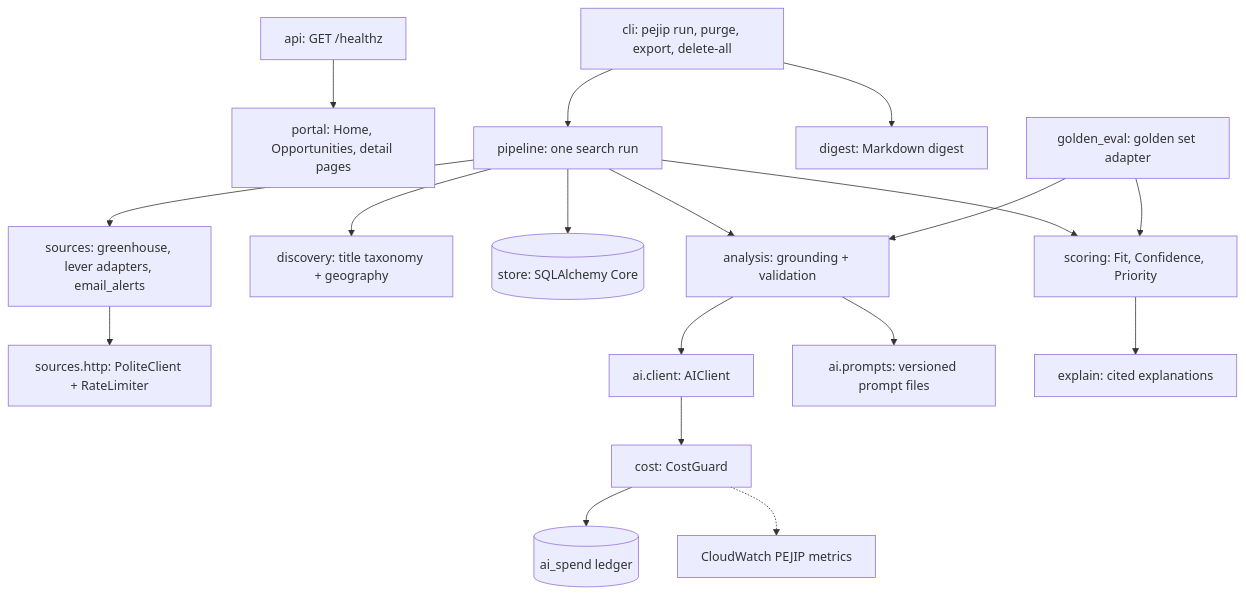
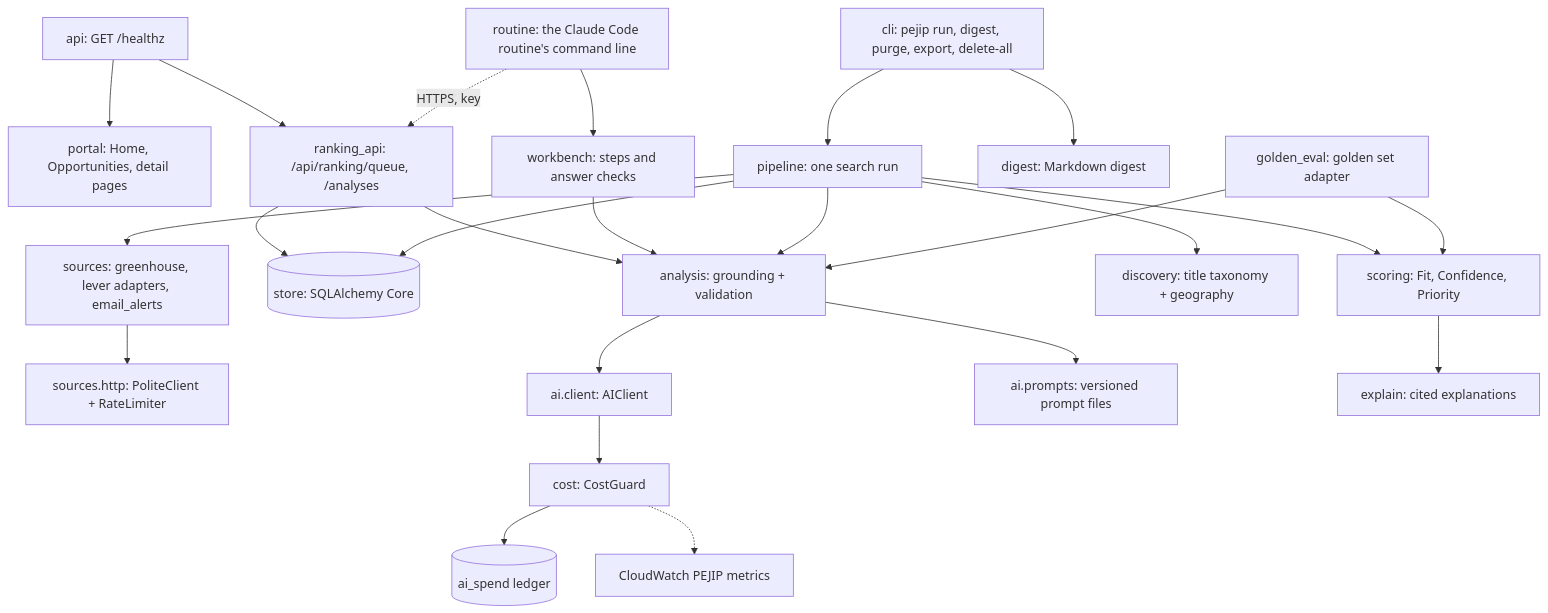
Before and after one commit to madduri-ops/PEJIP: the diagram in docs/architecture/components.md, drawn with Mermaid. The commit also changed other lines of this file and 17 other files, not shown here.

First line of the commit message:
Infrastructure, scan and docs for the ranking routine

````diff
--- a/docs/architecture/components.md
+++ b/docs/architecture/components.md
@@ -7,34 +7,41 @@
 ```mermaid
 flowchart TB
     api[api: GET /healthz]
     portal[portal: Home, Opportunities, detail pages]
+    rapi[ranking_api: /api/ranking/queue, /analyses]
     api --> portal
-    cli[cli: pejip run, purge, export, delete-all]
+    api --> rapi
+    rapi --> ana
+    rapi --> store
+    routine[routine: the Claude Code routine's command line] -.HTTPS, key.-> rapi
+    routine --> work[workbench: steps and answer checks]
+    work --> ana
+    cli[cli: pejip run, digest, purge, export, delete-all]
     pipe[pipeline: one search run]
     src[sources: greenhouse, lever adapters, email_alerts]
     http[sources.http: PoliteClient + RateLimiter]
     disc[discovery: title taxonomy + geography]
     store[(store: SQLAlchemy Core)]
     ana[analysis: grounding + validation]
     ai[ai.client: AIClient]
     guard[cost: CostGuard]
     ledger[(ai_spend ledger)]
     cw[CloudWatch PEJIP metrics]
     prompts[ai.prompts: versioned prompt files]
     score[scoring: Fit, Confidence, Priority]
     explain[explain: cited explanations]
     digest[digest: Markdown digest]
     evals[golden_eval: golden set adapter]
     cli --> pipe
     pipe --> src --> http
     pipe --> disc
     pipe --> store
     pipe --> ana --> ai
     ana --> prompts
     ai --> guard --> ledger
     guard -.-> cw
     pipe --> score --> explain
     cli --> digest
     evals --> ana
     evals --> score
 ```
````
